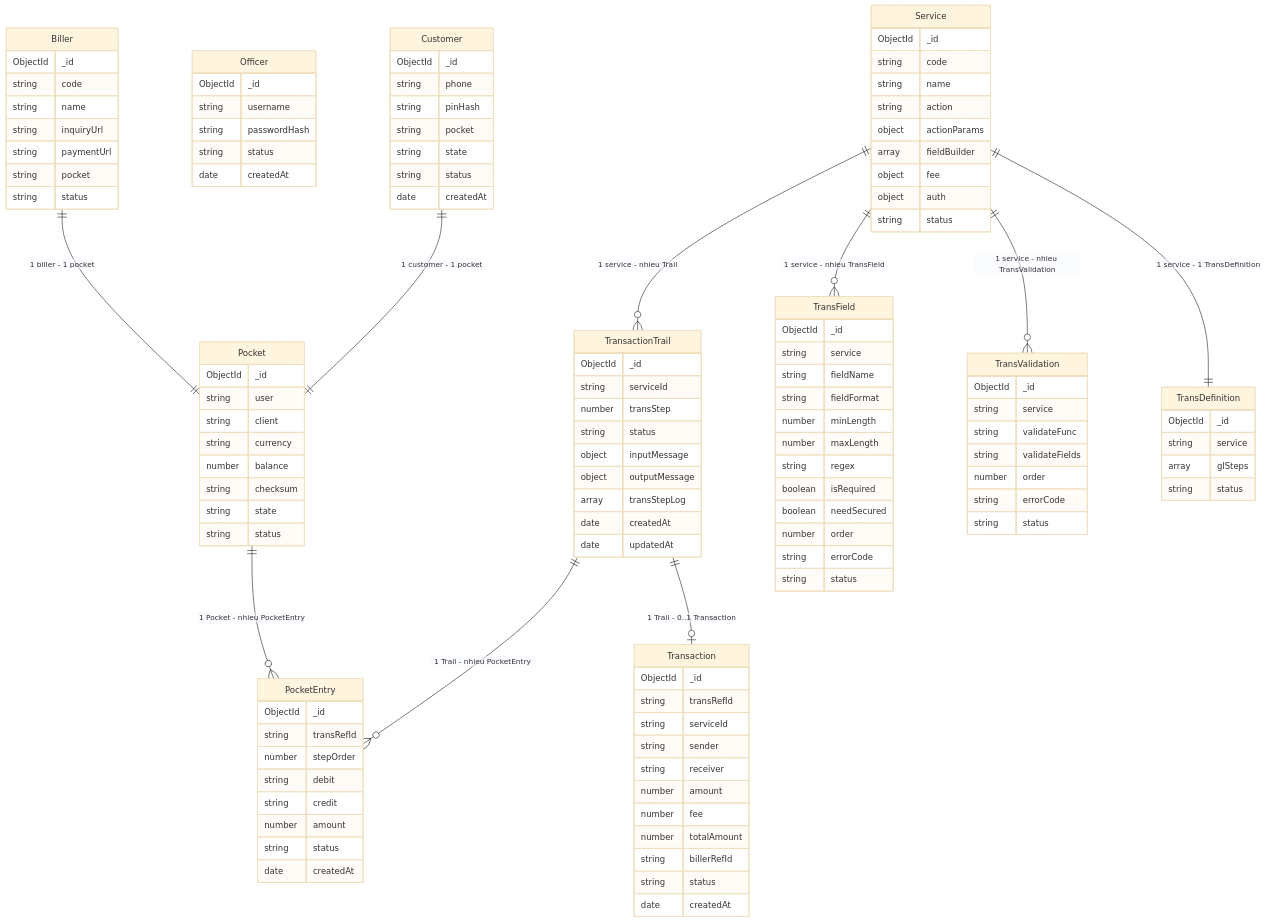
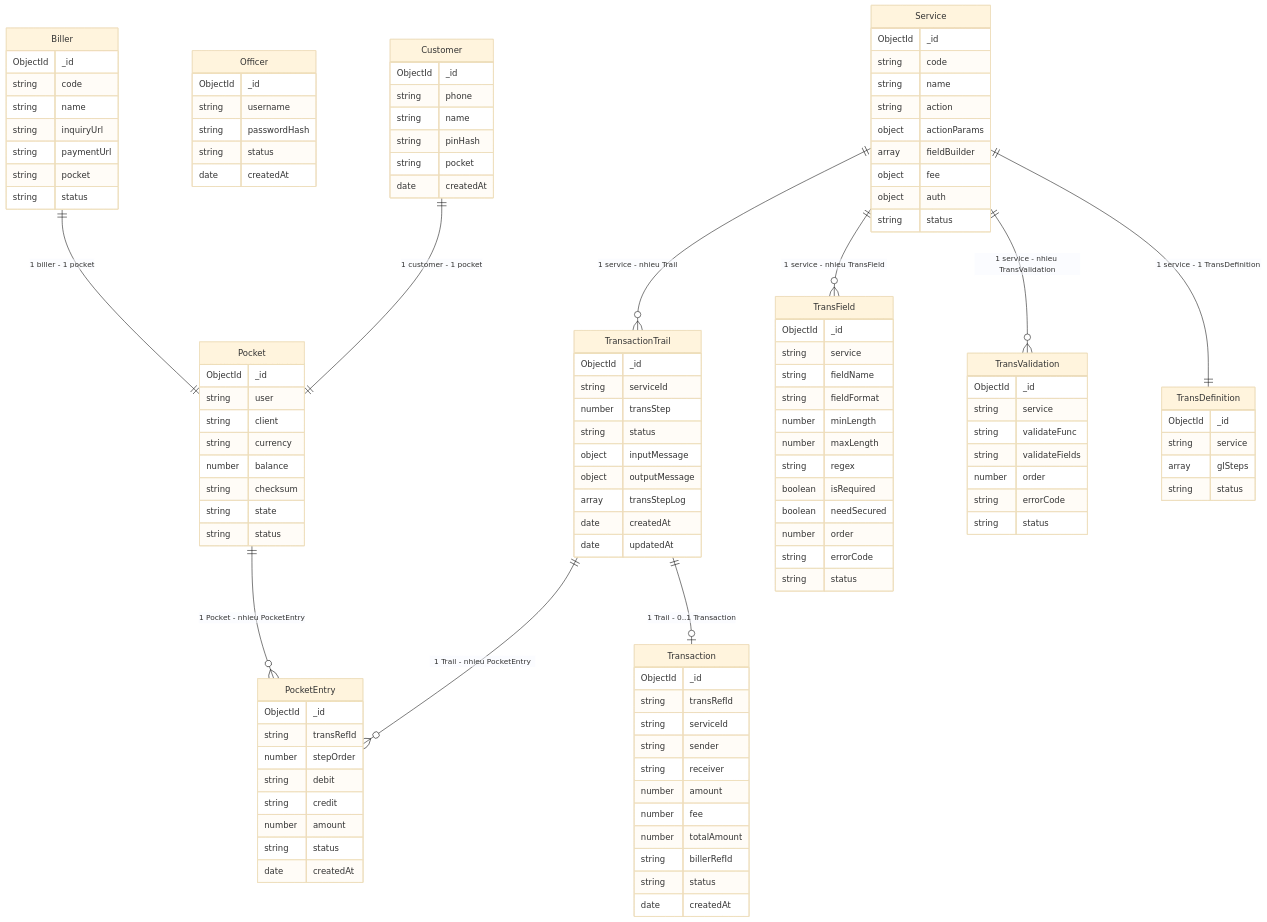
The diagram in docs/model/erd and data dictionary.md (notvux00/mini-wallet), drawn with Mermaid (base theme) before and after one commit. The commit also changed other lines of this file and 15 other files, not shown here.

Commit message:
update erd and ui

```diff
--- a/docs/model/erd and data dictionary.md
+++ b/docs/model/erd and data dictionary.md
@@ -44,10 +44,9 @@
   Customer {
     ObjectId _id
     string   phone
+    string   name
     string   pinHash
     string   pocket
-    string   state
-    string   status
     date     createdAt
   }
   Officer {
```
